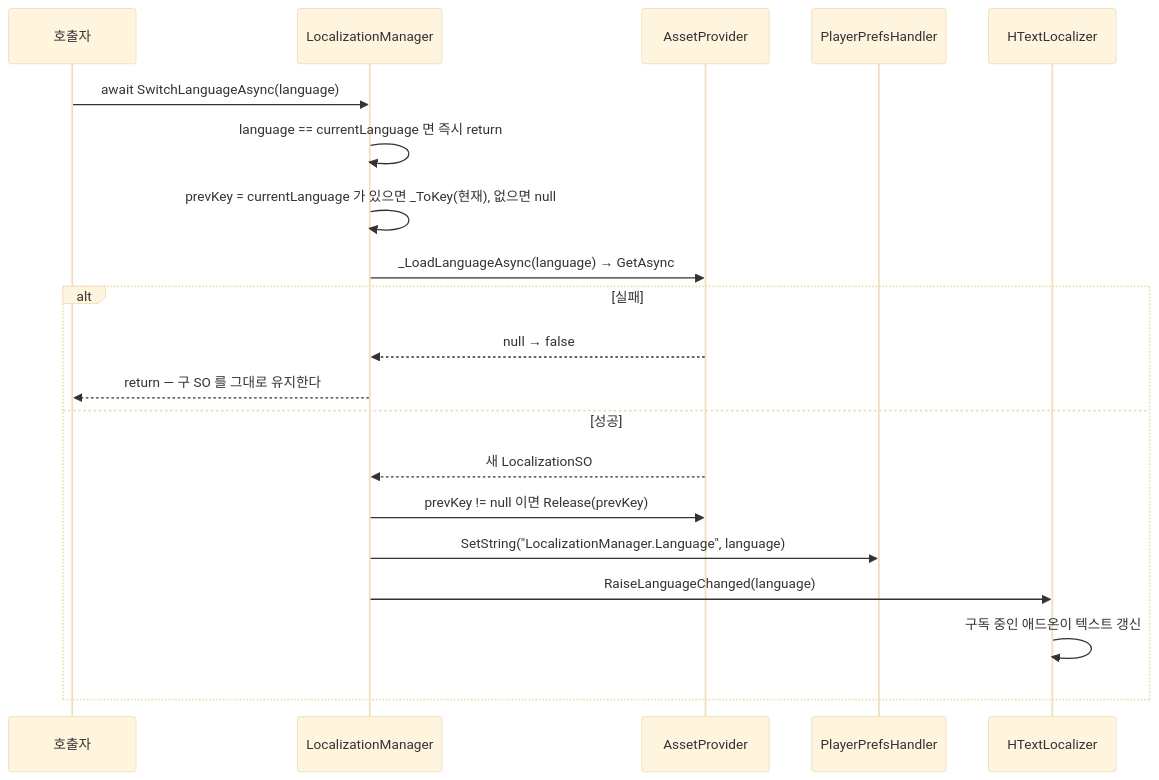
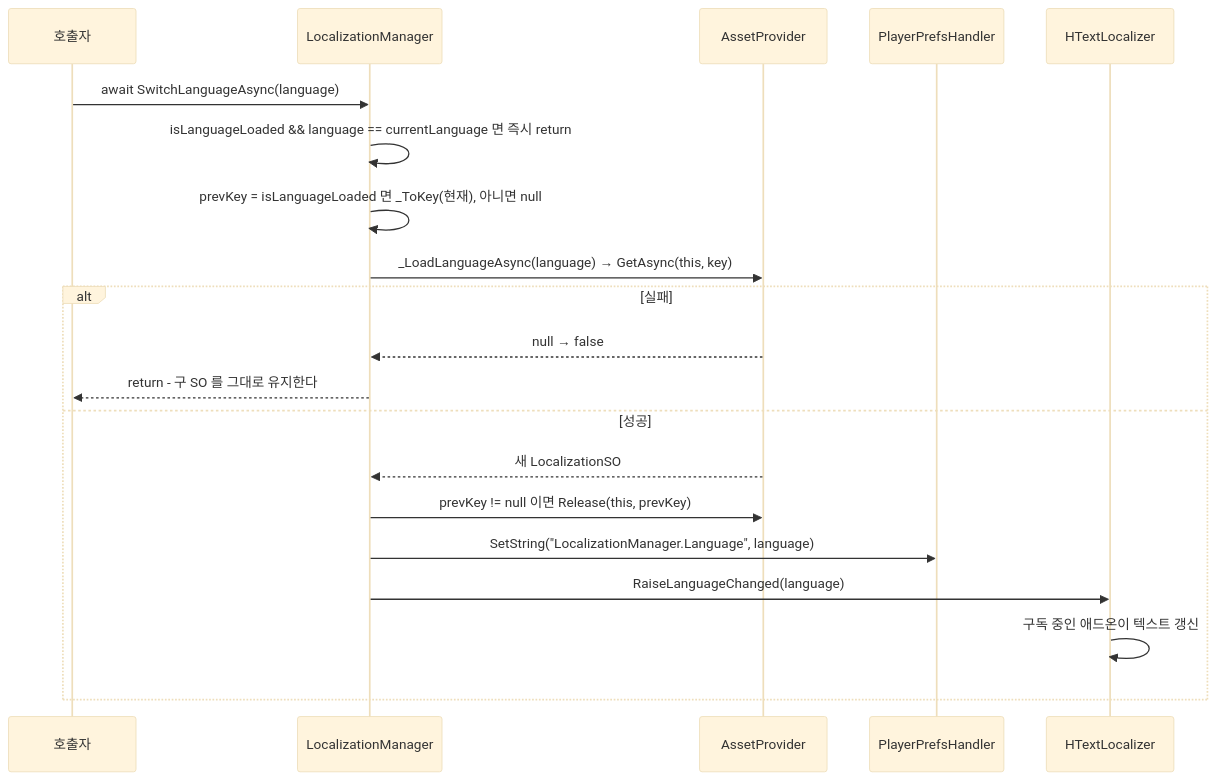
One commit to HoHong123/HCUP-Unity changed the third of 4 diagrams in HLocalization/HcupLocalization/Runtime/README.md. Above: the diagram before and after it, drawn with Mermaid (base theme). The commit also changed other lines of this file, not shown here.

Commit message:
[Docs] 📝 21.09.26 Refresh HLocalization/HcupLocalization/Runtime README against current code and move stale notes to history

````diff
--- a/HLocalization/HcupLocalization/Runtime/README.md
+++ b/HLocalization/HcupLocalization/Runtime/README.md
@@ -176,23 +177,23 @@
 ```mermaid
 sequenceDiagram
     participant C as 호출자
     participant LM as LocalizationManager
     participant AP as AssetProvider
     participant PP as PlayerPrefsHandler
     participant TL as HTextLocalizer
 
     C->>LM: await SwitchLanguageAsync(language)
-    LM->>LM: language == currentLanguage 면 즉시 return
-    LM->>LM: prevKey = currentLanguage 가 있으면 _ToKey(현재), 없으면 null
-    LM->>AP: _LoadLanguageAsync(language) → GetAsync
+    LM->>LM: isLanguageLoaded && language == currentLanguage 면 즉시 return
+    LM->>LM: prevKey = isLanguageLoaded 면 _ToKey(현재), 아니면 null
+    LM->>AP: _LoadLanguageAsync(language) → GetAsync(this, key)
     alt 실패
         AP-->>LM: null → false
-        LM-->>C: return — 구 SO 를 그대로 유지한다
+        LM-->>C: return - 구 SO 를 그대로 유지한다
     else 성공
         AP-->>LM: 새 LocalizationSO
-        LM->>AP: prevKey != null 이면 Release(prevKey)
+        LM->>AP: prevKey != null 이면 Release(this, prevKey)
         LM->>PP: SetString("LocalizationManager.Language", language)
         LM->>TL: RaiseLanguageChanged(language)
         TL->>TL: 구독 중인 애드온이 텍스트 갱신
     end
 ```
````
